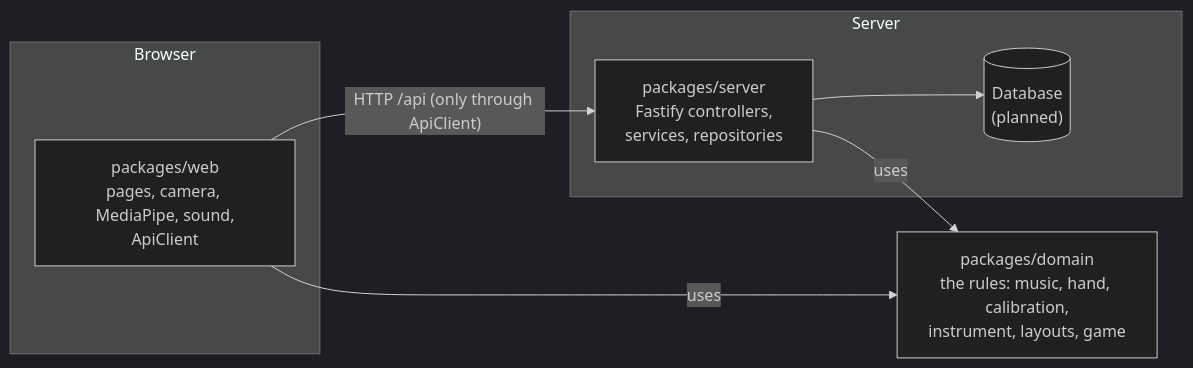
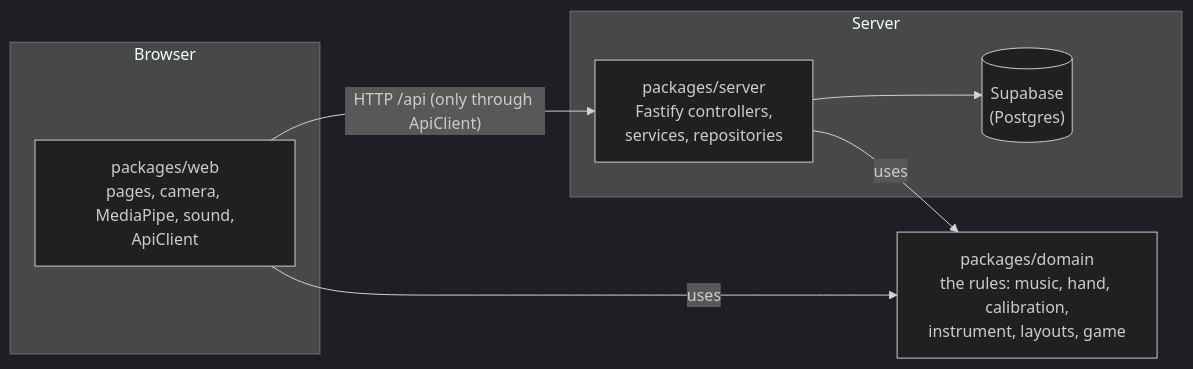
One commit to MESW-LES-2627/les-project-group-5 changed the first of 2 diagrams in README.md. Above: the diagram before and after it, drawn with Mermaid (dark theme). The commit also changed other lines of this file and 11 other files, not shown here.

````diff
--- a/README.md
+++ b/README.md
@@ -35,16 +36,16 @@
 ```mermaid
 flowchart LR
   subgraph Browser
     web["packages/web<br/>pages, camera, MediaPipe, sound,<br/>ApiClient"]
   end
   subgraph Server
     server["packages/server<br/>Fastify controllers,<br/>services, repositories"]
-    db[("Database <br/>(planned)")]
+    db[("Supabase<br/>(Postgres)")]
   end
   domain["packages/domain<br/>the rules: music, hand, calibration,<br/>instrument, layouts, game"]
 
   web -- uses --> domain
   server -- uses --> domain
   web -- "HTTP /api (only through ApiClient)" --> server
   server --> db
 ```
````
